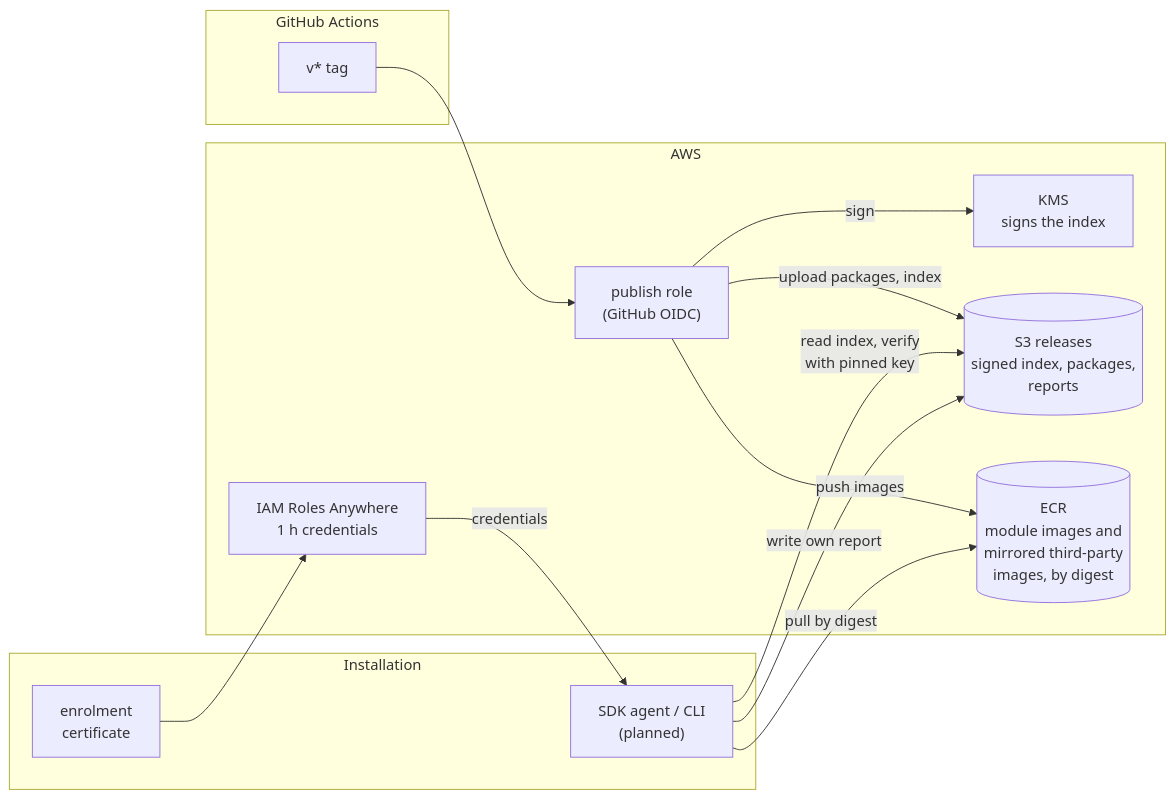
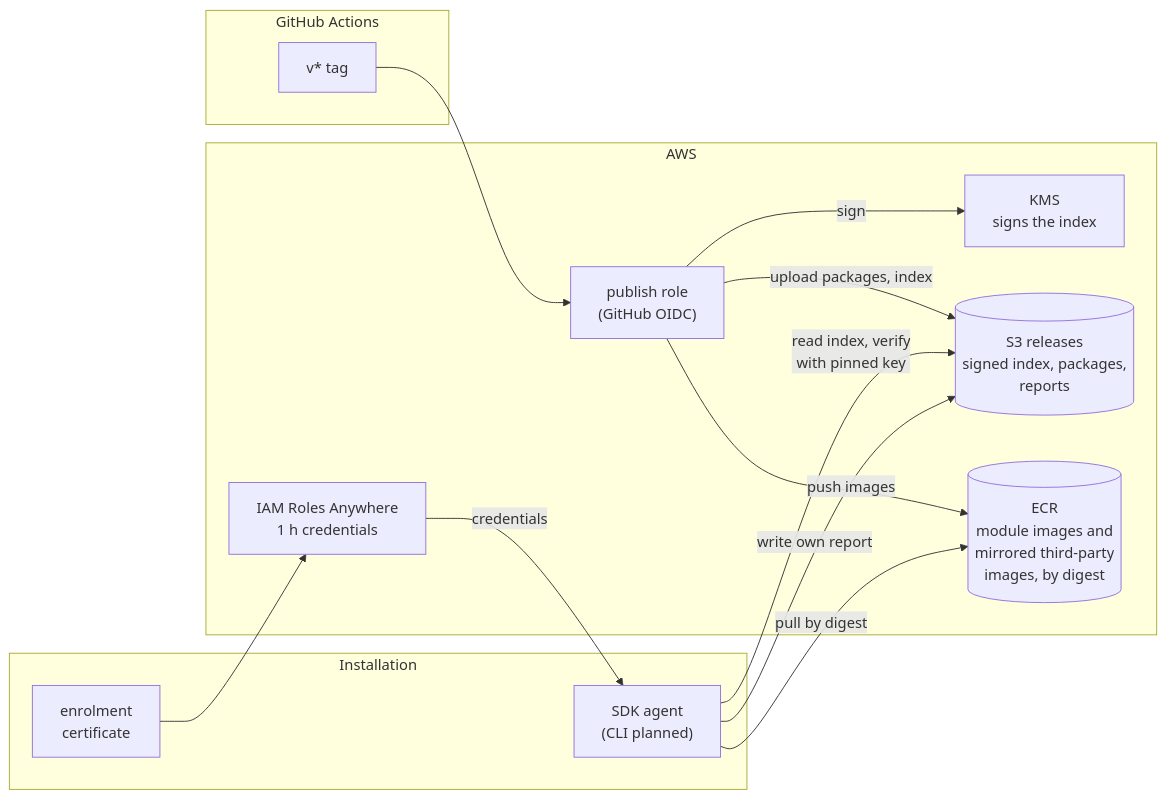
One commit to government-data/quality-sdk changed the first of 2 diagrams in README.md. Above: the diagram before and after it, drawn with Mermaid. The commit also changed other lines of this file and 4 other files, not shown here.

````diff
--- a/README.md
+++ b/README.md
@@ -22,29 +25,29 @@
 ```mermaid
 flowchart LR
   subgraph ci["GitHub Actions"]
     tag["v* tag"]
   end
 
   subgraph aws["AWS"]
     publish["publish role<br/>(GitHub OIDC)"]
     kms["KMS<br/>signs the index"]
     s3[("S3 releases<br/>signed index, packages,<br/>reports")]
     ecr[("ECR<br/>module images and<br/>mirrored third-party<br/>images, by digest")]
     ra["IAM Roles Anywhere<br/>1 h credentials"]
   end
 
   subgraph inst["Installation"]
-    agent["SDK agent / CLI<br/>(planned)"]
+    agent["SDK agent<br/>(CLI planned)"]
     cert["enrolment<br/>certificate"]
   end
 
   tag --> publish
   publish -- "push images" --> ecr
   publish -- "upload packages, index" --> s3
   publish -- "sign" --> kms
   cert --> ra
   ra -- "credentials" --> agent
   agent -- "read index, verify<br/>with pinned key" --> s3
   agent -- "pull by digest" --> ecr
   agent -- "write own report" --> s3
 ```
````
